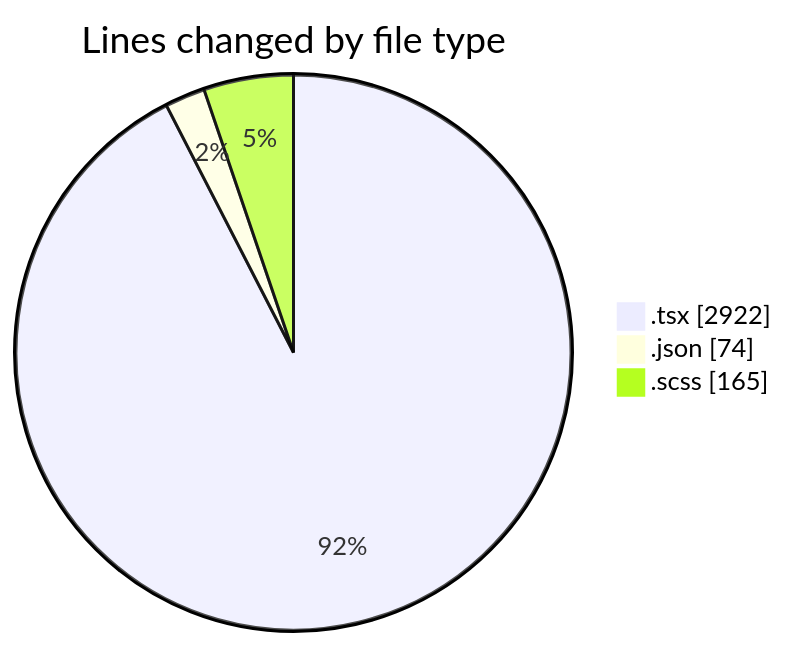
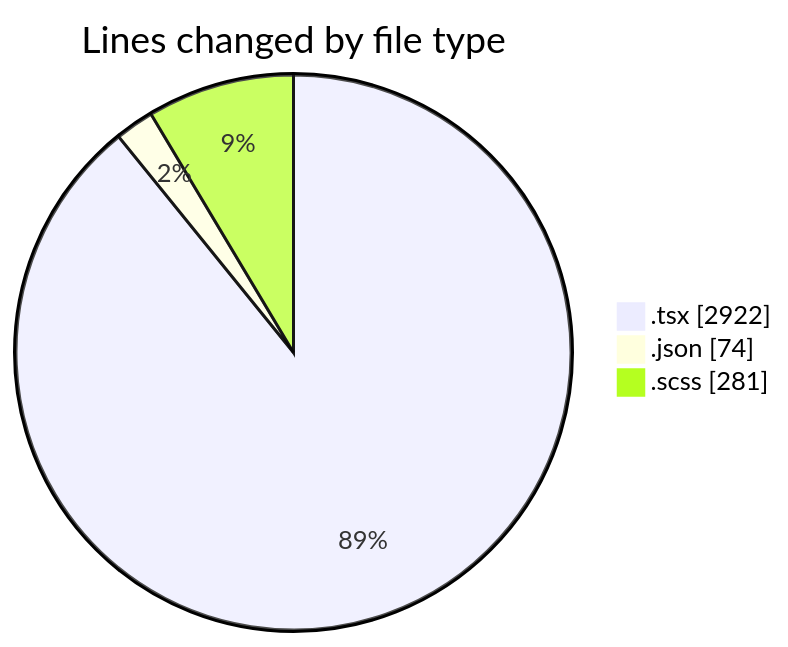
One commit to momahboobian/code-tracking changed the first of 2 diagrams in 2025-04-08/cda/README.md. Above: the diagram before and after it, drawn with Mermaid. The commit also changed other lines of this file and 1 other file, not shown here.

````diff
--- a/2025-04-08/cda/README.md
+++ b/2025-04-08/cda/README.md
@@ -28,7 +29,7 @@
 ```mermaid
 pie showData
 title Lines changed by file type
 ".tsx" : 2922
 ".json" : 74
-".scss" : 165
+".scss" : 281
 ```
````
